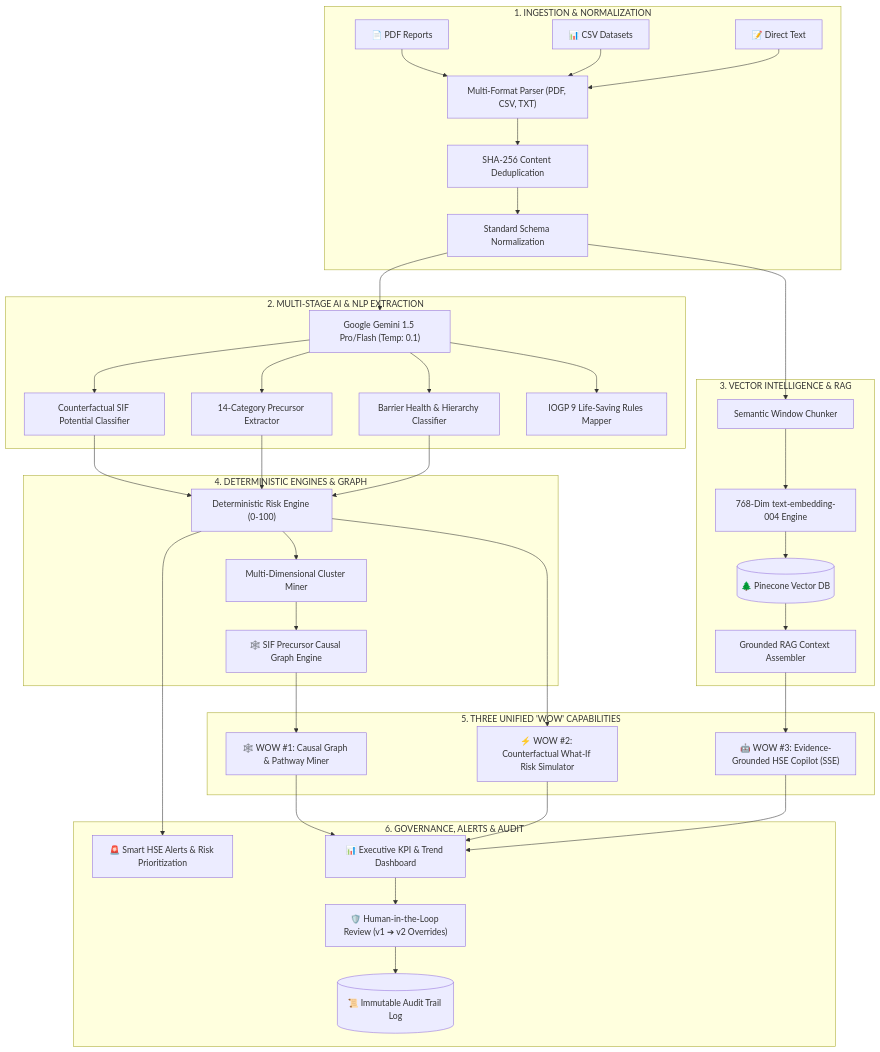
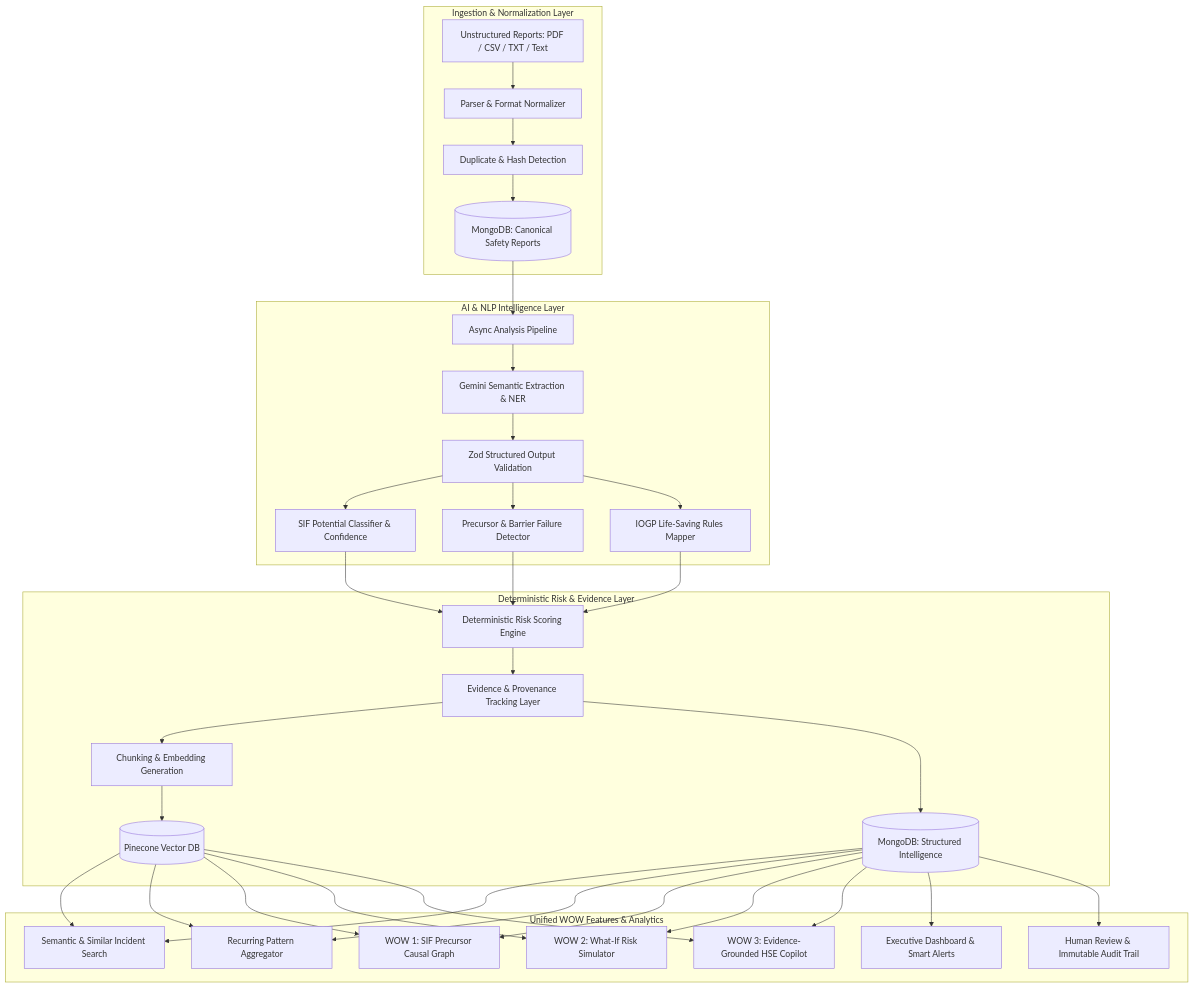
The first of 4 diagrams in README.md (rajkushwaha-01/SIH-Hackathon), drawn with Mermaid before and after one commit. The commit also changed other lines of this file and 1 other file, not shown here.

````diff
--- a/README.md
+++ b/README.md
@@ -31,44 +23,35 @@
 ```mermaid
-flowchart TB
-    subgraph INGESTION["1. INGESTION & NORMALIZATION"]
-        PDF["📄 PDF Reports"] --> PARSER["Multi-Format Parser (PDF, CSV, TXT)"]
-        CSV["📊 CSV Datasets"] --> PARSER
-        TXT["📝 Direct Text"] --> PARSER
-        PARSER --> DEDUP["SHA-256 Content Deduplication"]
-        DEDUP --> NORM["Standard Schema Normalization"]
+flowchart TD
+    subgraph Ingestion ["Ingestion & Normalization Layer"]
+        A[Unstructured Reports: PDF / CSV / TXT / Text] --> B[Parser & Format Normalizer]
+        B --> C[Duplicate & Hash Detection]
+        C --> D[(MongoDB: Canonical Safety Reports)]
     end
 
-    subgraph NLP_PIPELINE["2. MULTI-STAGE AI & NLP EXTRACTION"]
-        NORM --> GEMINI["Google Gemini 1.5 Pro/Flash (Temp: 0.1)"]
-        GEMINI --> SIF_CLASS["Counterfactual SIF Potential Classifier"]
-        GEMINI --> PREC_TAX["14-Category Precursor Extractor"]
-        GEMINI --> BARRIER_DET["Barrier Health & Hierarchy Classifier"]
-        GEMINI --> LSR_MAP["IOGP 9 Life-Saving Rules Mapper"]
+    subgraph AI_Pipeline ["AI & NLP Intelligence Layer"]
+        D --> E[Async Analysis Pipeline]
+        E --> F[Gemini Semantic Extraction & NER]
+        F --> G[Zod Structured Output Validation]
+        G --> H[SIF Potential Classifier & Confidence]
+        G --> I[Precursor & Barrier Failure Detector]
+        G --> J[IOGP Life-Saving Rules Mapper]
     end
 
-    subgraph VECTOR_ENGINE["3. VECTOR INTELLIGENCE & RAG"]
-        NORM --> CHUNKER["Semantic Window Chunker"]
-        CHUNKER --> EMBED["768-Dim text-embedding-004 Engine"]
-        EMBED --> PINECONE[("🌲 Pinecone Vector DB")]
-        PINECONE --> RAG_BUILDER["Grounded RAG Context Assembler"]
+    subgraph Deterministic_Engine ["Deterministic Risk & Evidence Layer"]
+        H & I & J --> K[Deterministic Risk Scoring Engine]
+        K --> L[Evidence & Provenance Tracking Layer]
+        L --> M[Chunking & Embedding Generation]
+        M --> N[(Pinecone Vector DB)]
+        L --> O[(MongoDB: Structured Intelligence)]
     end
 
-    subgraph CORE_ENGINES["4. DETERMINISTIC ENGINES & GRAPH"]
-        SIF_CLASS & PREC_TAX & BARRIER_DET --> RISK_MATH["Deterministic Risk Engine (0-100)"]
-        RISK_MATH --> PATTERN_MINE["Multi-Dimensional Cluster Miner"]
-        PATTERN_MINE --> CAUSAL_GRAPH["🕸️ SIF Precursor Causal Graph Engine"]
-    end
-
-    subgraph WOW_FEATURES["5. THREE UNIFIED 'WOW' CAPABILITIES"]
-        CAUSAL_GRAPH --> WOW1["🕸️ WOW #1: Causal Graph & Pathway Miner"]
-        RISK_MATH --> WOW2["⚡ WOW #2: Counterfactual What-If Risk Simulator"]
-        RAG_BUILDER --> WOW3["🤖 WOW #3: Evidence-Grounded HSE Copilot (SSE)"]
-    end
-
-    subgraph GOVERNANCE["6. GOVERNANCE, ALERTS & AUDIT"]
-        RISK_MATH --> ALERTS["🚨 Smart HSE Alerts & Risk Prioritization"]
-        WOW1 & WOW2 & WOW3 --> DASHBOARD["📊 Executive KPI & Trend Dashboard"]
-        DASHBOARD --> HITL["🛡️ Human-in-the-Loop Review (v1 ➔ v2 Overrides)"]
-        HITL --> AUDIT[("📜 Immutable Audit Trail Log")]
+    subgraph Core_Applications ["Unified WOW Features & Analytics"]
+        O & N --> P[Semantic & Similar Incident Search]
+        O & N --> Q[Recurring Pattern Aggregator]
+        O & N --> R[WOW 1: SIF Precursor Causal Graph]
+        O & N --> S[WOW 2: What-If Risk Simulator]
+        O & N --> T[WOW 3: Evidence-Grounded HSE Copilot]
+        O --> U[Executive Dashboard & Smart Alerts]
+        O --> V[Human Review & Immutable Audit Trail]
     end
 ```
````
